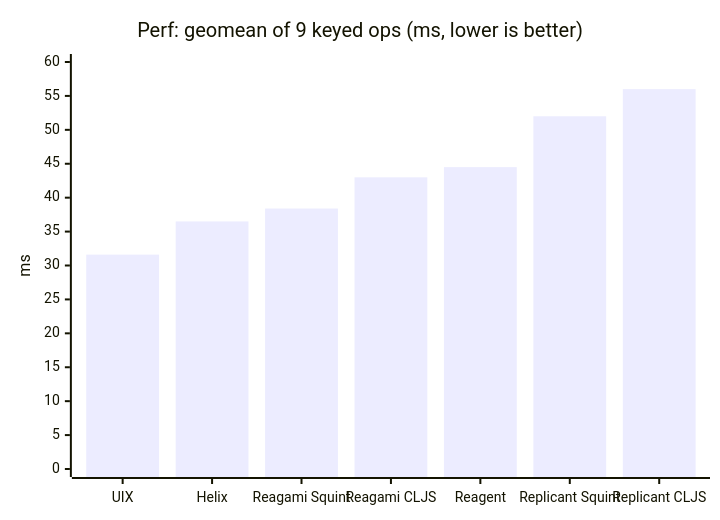
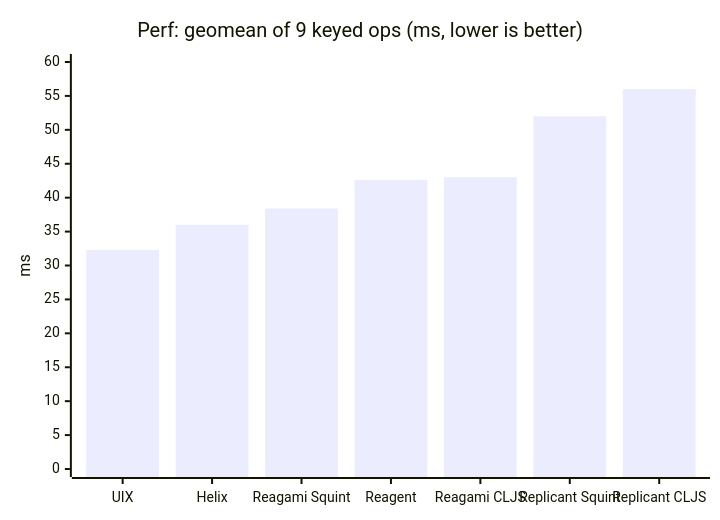
The first of 2 diagrams in README.md (borkdude/reagami), drawn with Mermaid before and after one commit. The commit also changed other lines of this file and 1 other file, not shown here.

````diff
--- a/README.md
+++ b/README.md
@@ -209,7 +209,7 @@
 ```mermaid
 xychart-beta
     title "Perf: geomean of 9 keyed ops (ms, lower is better)"
-    x-axis ["UIX", "Helix", "Reagami Squint", "Reagami CLJS", "Reagent", "Replicant Squint", "Replicant CLJS"]
+    x-axis ["UIX", "Helix", "Reagami Squint", "Reagent", "Reagami CLJS", "Replicant Squint", "Replicant CLJS"]
     y-axis "ms" 0 --> 60
-    bar [31.6, 36.5, 38.4, 43.0, 44.5, 52.0, 56.0]
+    bar [32.3, 36.0, 38.4, 42.6, 43.0, 52.0, 56.0]
 ```
````
